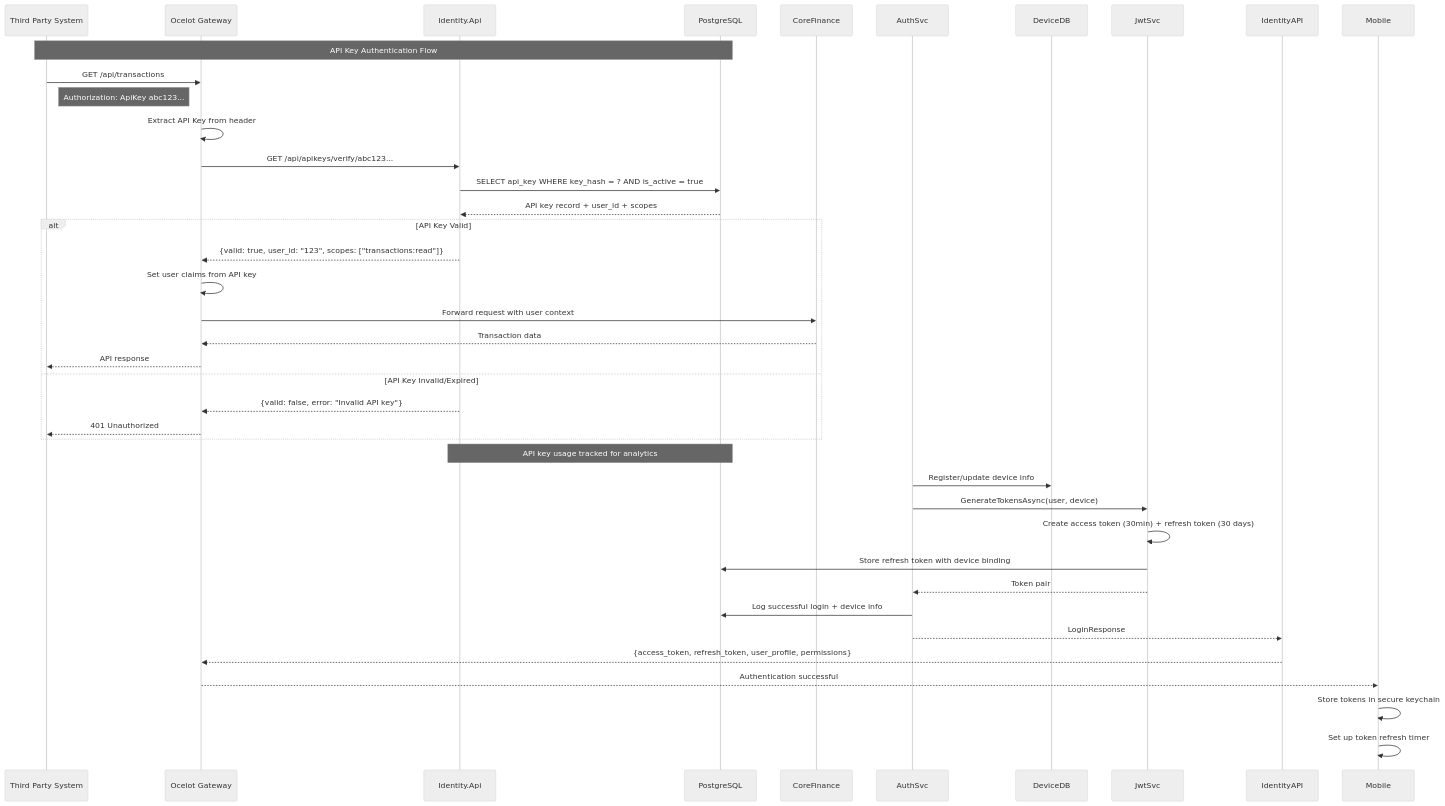
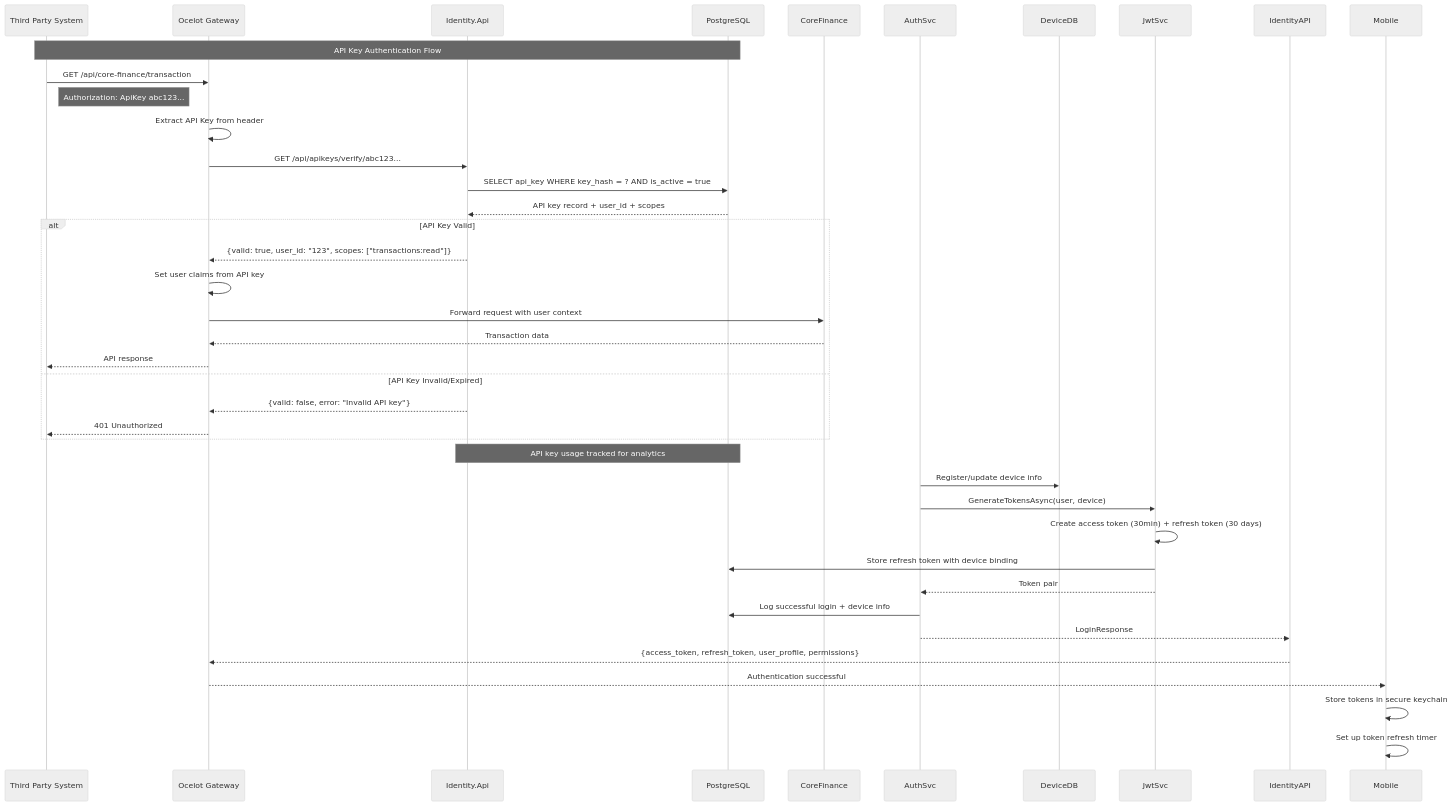
The sixth of 17 diagrams in design/architech_design/flowcharts_v4.md (vinhltt/3_tihomo), drawn with Mermaid (neutral theme) before and after one commit. The commit also changed 9 other files, not shown here.

Commit message:
feat: Update API endpoints to use core finance path and enhance transaction handling

````diff
--- a/design/architech_design/flowcharts_v4.md
+++ b/design/architech_design/flowcharts_v4.md
@@ -715,44 +715,44 @@
 ```mermaid
 sequenceDiagram
     participant ThirdParty as Third Party System
     participant Gateway as Ocelot Gateway
     participant Identity as Identity.Api
     participant DB as PostgreSQL
 
     Note over ThirdParty,DB: API Key Authentication Flow
 
-    ThirdParty->>Gateway: GET /api/transactions
+    ThirdParty->>Gateway: GET /api/core-finance/transaction
     Note right of ThirdParty: Authorization: ApiKey abc123...
     
     Gateway->>Gateway: Extract API Key from header
     Gateway->>Identity: GET /api/apikeys/verify/abc123...
     Identity->>DB: SELECT api_key WHERE key_hash = ? AND is_active = true
     DB-->>Identity: API key record + user_id + scopes
     
     alt API Key Valid
         Identity-->>Gateway: {valid: true, user_id: "123", scopes: ["transactions:read"]}
         Gateway->>Gateway: Set user claims from API key
         Gateway->>CoreFinance: Forward request with user context
         CoreFinance-->>Gateway: Transaction data
         Gateway-->>ThirdParty: API response
     else API Key Invalid/Expired
         Identity-->>Gateway: {valid: false, error: "Invalid API key"}
         Gateway-->>ThirdParty: 401 Unauthorized
     end
     
     Note over Identity,DB: API key usage tracked for analytics
     
     AuthSvc->>DeviceDB: Register/update device info
     AuthSvc->>JwtSvc: GenerateTokensAsync(user, device)
     JwtSvc->>JwtSvc: Create access token (30min) + refresh token (30 days)
     JwtSvc->>DB: Store refresh token with device binding
     JwtSvc-->>AuthSvc: Token pair
     
     AuthSvc->>DB: Log successful login + device info
     AuthSvc-->>IdentityAPI: LoginResponse
     IdentityAPI-->>Gateway: {access_token, refresh_token, user_profile, permissions}
     Gateway-->>Mobile: Authentication successful
     
     Mobile->>Mobile: Store tokens in secure keychain
     Mobile->>Mobile: Set up token refresh timer
 ```
````
